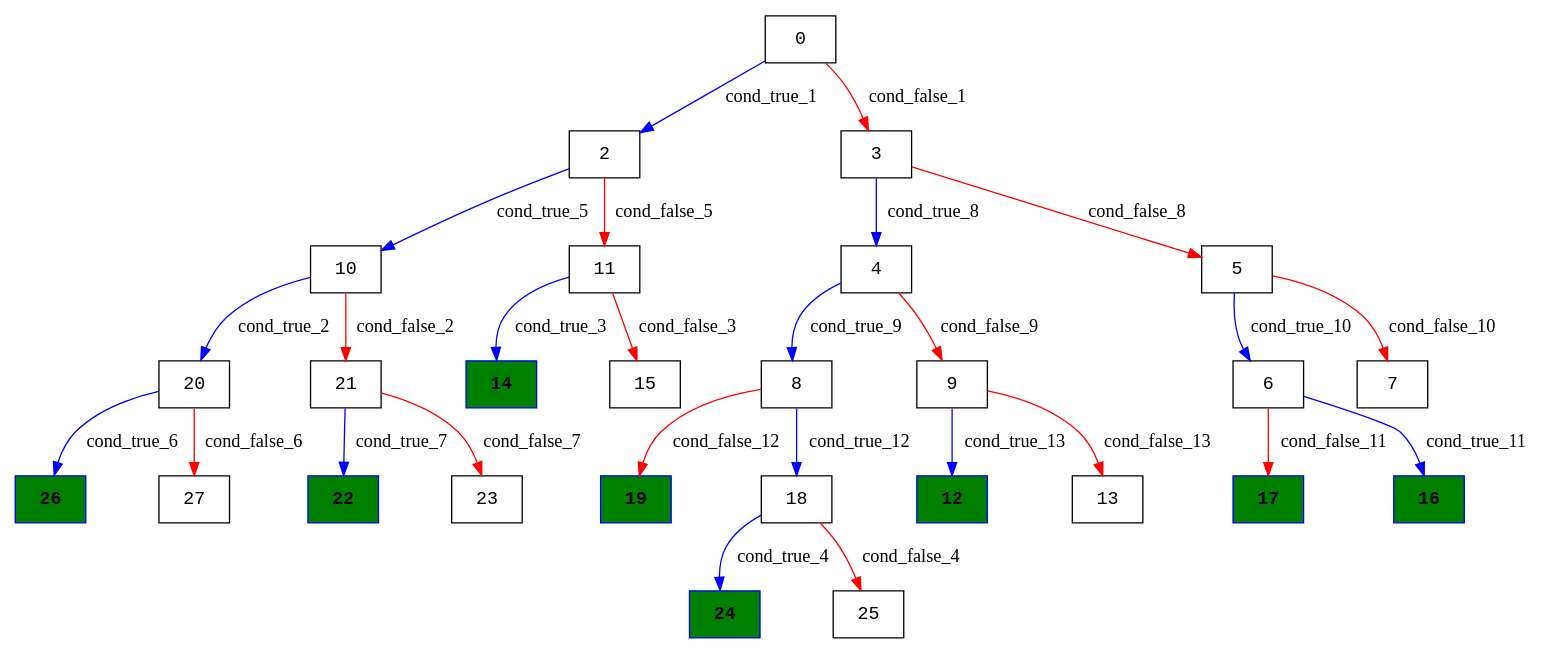
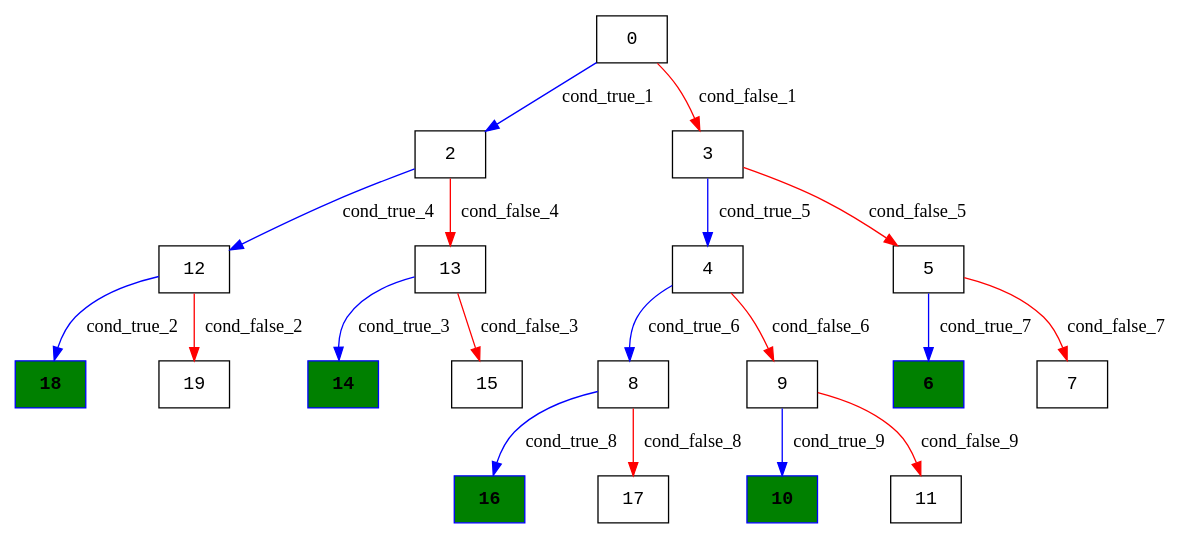
The diagram in klee_results/montyhall_all_processed/montyhall_all_execution_tree.dot (Research-Tools-PAVT/PSE-Program-Examples), drawn with Graphviz before and after one commit. The commit also changed 324 other files, not shown here.

```diff
--- a/klee_results/montyhall_all_processed/montyhall_all_execution_tree.dot
+++ b/klee_results/montyhall_all_processed/montyhall_all_execution_tree.dot
@@ -1,37 +1,26 @@
 digraph ExecutionTree {
 	node [color=black fontname=Courier height=.5 shape=record]
-	26 [color=blue, fillcolor=green, style=filled, fontcolor=black, fontname="Courier-Bold"]
-	24 [color=blue, fillcolor=green, style=filled, fontcolor=black, fontname="Courier-Bold"]
-	22 [color=blue, fillcolor=green, style=filled, fontcolor=black, fontname="Courier-Bold"]
-	19 [color=blue, fillcolor=green, style=filled, fontcolor=black, fontname="Courier-Bold"]
-	17 [color=blue, fillcolor=green, style=filled, fontcolor=black, fontname="Courier-Bold"]
+	6 [color=blue, fillcolor=green, style=filled, fontcolor=black, fontname="Courier-Bold"]
+	18 [color=blue, fillcolor=green, style=filled, fontcolor=black, fontname="Courier-Bold"]
 	16 [color=blue, fillcolor=green, style=filled, fontcolor=black, fontname="Courier-Bold"]
 	14 [color=blue, fillcolor=green, style=filled, fontcolor=black, fontname="Courier-Bold"]
-	12 [color=blue, fillcolor=green, style=filled, fontcolor=black, fontname="Courier-Bold"]
+	10 [color=blue, fillcolor=green, style=filled, fontcolor=black, fontname="Courier-Bold"]
 	0 -> 2 [label=cond_true_1 color=blue]
 	0 -> 3 [label=cond_false_1 color=red]
-	2 -> 10 [label=cond_true_5 color=blue]
-	2 -> 11 [label=cond_false_5 color=red]
-	3 -> 4 [label=cond_true_8 color=blue]
-	3 -> 5 [label=cond_false_8 color=red]
-	10 -> 20 [label=cond_true_2 color=blue]
-	10 -> 21 [label=cond_false_2 color=red]
-	20 -> 26 [label=cond_true_6 color=blue]
-	20 -> 27 [label=cond_false_6 color=red]
-	21 -> 22 [label=cond_true_7 color=blue]
-	21 -> 23 [label=cond_false_7 color=red]
-	11 -> 14 [label=cond_true_3 color=blue]
-	11 -> 15 [label=cond_false_3 color=red]
-	18 -> 24 [label=cond_true_4 color=blue]
-	18 -> 25 [label=cond_false_4 color=red]
-	4 -> 8 [label=cond_true_9 color=blue]
-	4 -> 9 [label=cond_false_9 color=red]
-	5 -> 6 [label=cond_true_10 color=blue]
-	5 -> 7 [label=cond_false_10 color=red]
-	8 -> 18 [label=cond_true_12 color=blue]
-	8 -> 19 [label=cond_false_12 color=red]
-	9 -> 12 [label=cond_true_13 color=blue]
-	9 -> 13 [label=cond_false_13 color=red]
-	6 -> 16 [label=cond_true_11 color=blue]
-	6 -> 17 [label=cond_false_11 color=red]
+	2 -> 12 [label=cond_true_4 color=blue]
+	2 -> 13 [label=cond_false_4 color=red]
+	3 -> 4 [label=cond_true_5 color=blue]
+	3 -> 5 [label=cond_false_5 color=red]
+	12 -> 18 [label=cond_true_2 color=blue]
+	12 -> 19 [label=cond_false_2 color=red]
+	13 -> 14 [label=cond_true_3 color=blue]
+	13 -> 15 [label=cond_false_3 color=red]
+	4 -> 8 [label=cond_true_6 color=blue]
+	4 -> 9 [label=cond_false_6 color=red]
+	5 -> 6 [label=cond_true_7 color=blue]
+	5 -> 7 [label=cond_false_7 color=red]
+	8 -> 16 [label=cond_true_8 color=blue]
+	8 -> 17 [label=cond_false_8 color=red]
+	9 -> 10 [label=cond_true_9 color=blue]
+	9 -> 11 [label=cond_false_9 color=red]
 }
```
